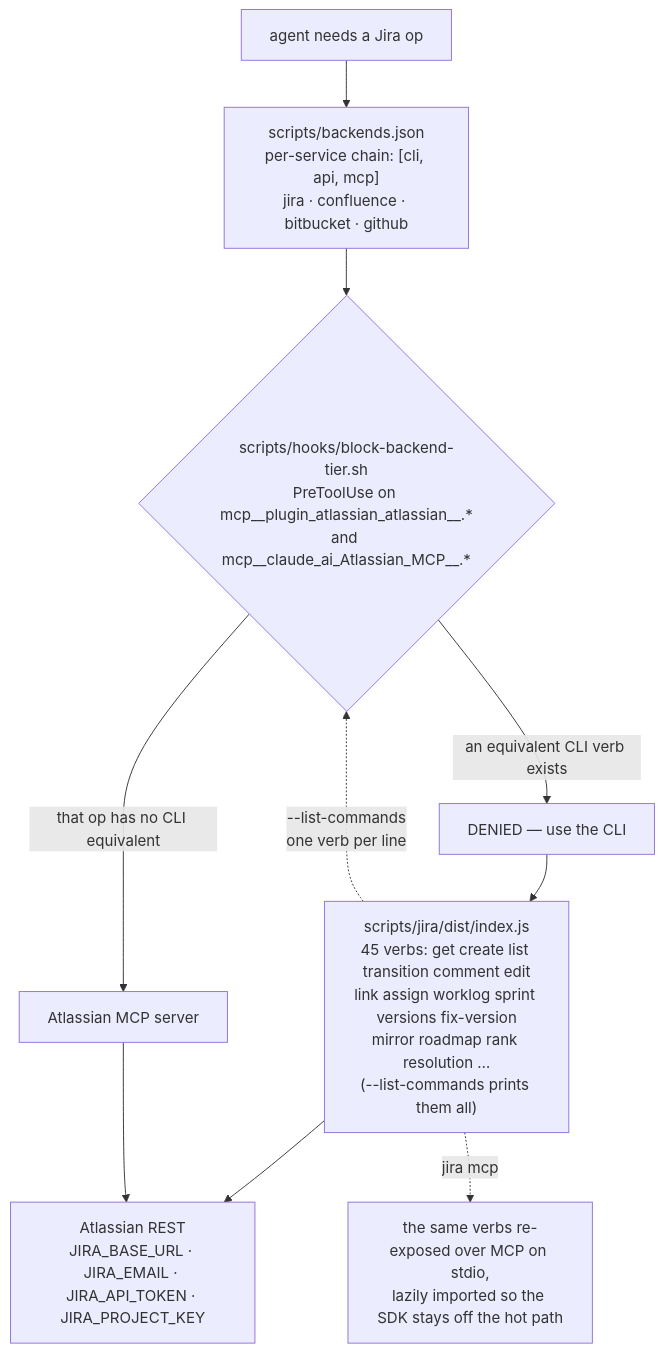
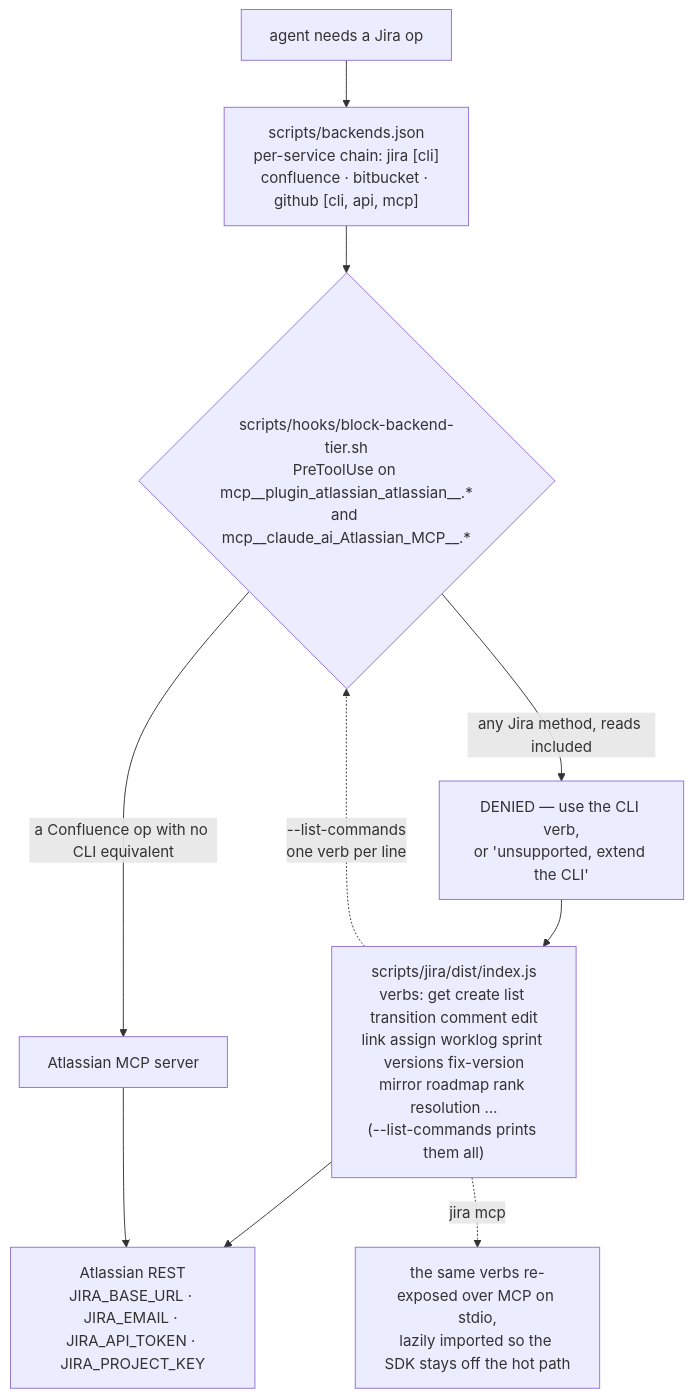
One commit to yotamleo-org/Himmel changed the fourth of 5 diagrams in docs/architecture.md. Above: the diagram before and after it, drawn with Mermaid. The commit also changed other lines of this file and 33 other files, not shown here.

````diff
--- a/docs/architecture.md
+++ b/docs/architecture.md
@@ -238,17 +240,17 @@
 ```mermaid
 flowchart TD
-    INT["agent needs a Jira op"] --> REG["scripts/backends.json<br/>per-service chain: [cli, api, mcp]<br/>jira · confluence · bitbucket · github"]
+    INT["agent needs a Jira op"] --> REG["scripts/backends.json<br/>per-service chain: jira [cli]<br/>confluence · bitbucket · github [cli, api, mcp]"]
 
     REG --> BT{"scripts/hooks/block-backend-tier.sh<br/>PreToolUse on mcp__plugin_atlassian_atlassian__.*<br/>and mcp__claude_ai_Atlassian_MCP__.*"}
-    BT -->|"an equivalent CLI verb exists"| DENY["DENIED — use the CLI"]
-    BT -->|"that op has no CLI equivalent"| MCP["Atlassian MCP server"]
+    BT -->|"any Jira method, reads included"| DENY["DENIED — use the CLI verb,<br/>or 'unsupported, extend the CLI'"]
+    BT -->|"a Confluence op with no CLI equivalent"| MCP["Atlassian MCP server"]
 
-    DENY --> CLI["scripts/jira/dist/index.js<br/>45 verbs: get create list transition comment edit<br/>link assign worklog sprint versions fix-version<br/>mirror roadmap rank resolution …<br/>(--list-commands prints them all)"]
+    DENY --> CLI["scripts/jira/dist/index.js<br/>verbs: get create list transition comment edit<br/>link assign worklog sprint versions fix-version<br/>mirror roadmap rank resolution …<br/>(--list-commands prints them all)"]
 
     CLI --> API["Atlassian REST<br/>JIRA_BASE_URL · JIRA_EMAIL · JIRA_API_TOKEN · JIRA_PROJECT_KEY"]
     MCP --> API
 
     CLI -.->|"--list-commands<br/>one verb per line"| BT
 
     CLI -.->|"jira mcp"| SELF["the same verbs re-exposed over MCP on stdio,<br/>lazily imported so the SDK stays off the hot path"]
 ```
````
